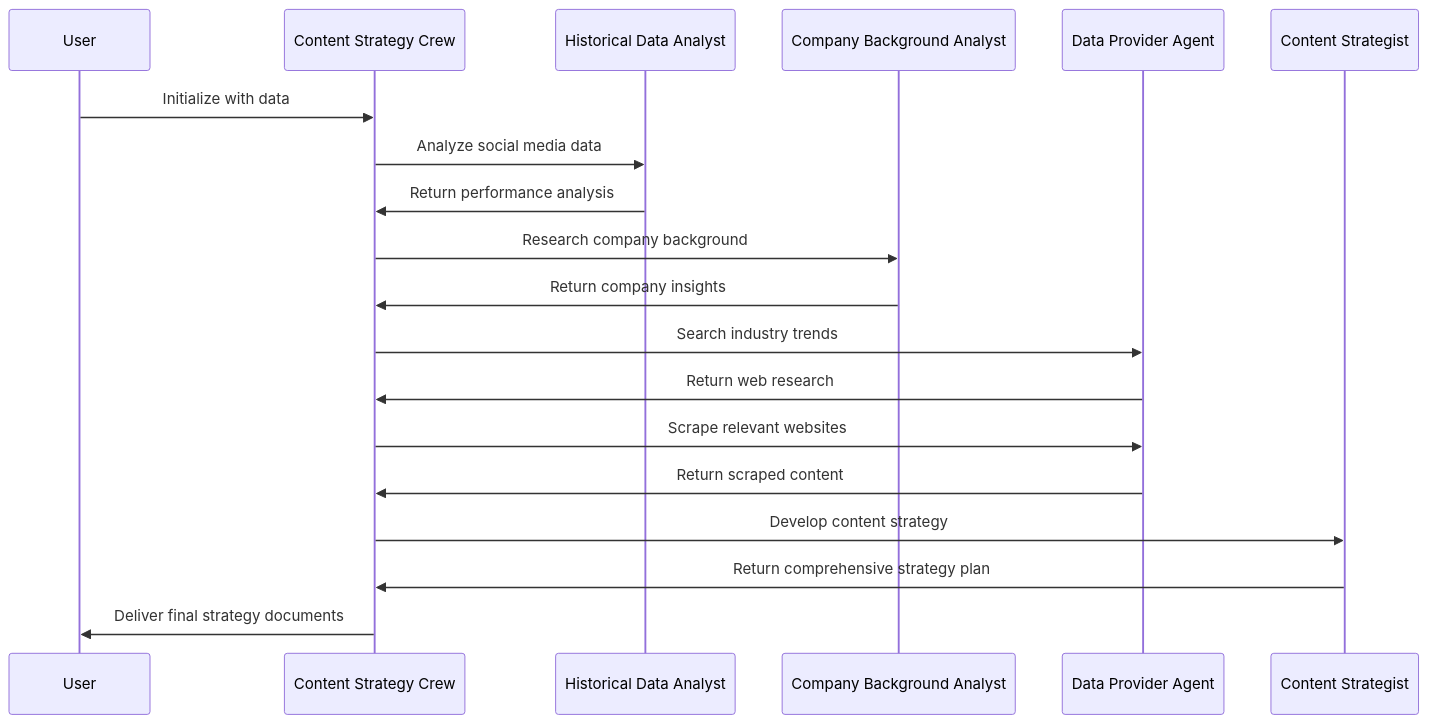
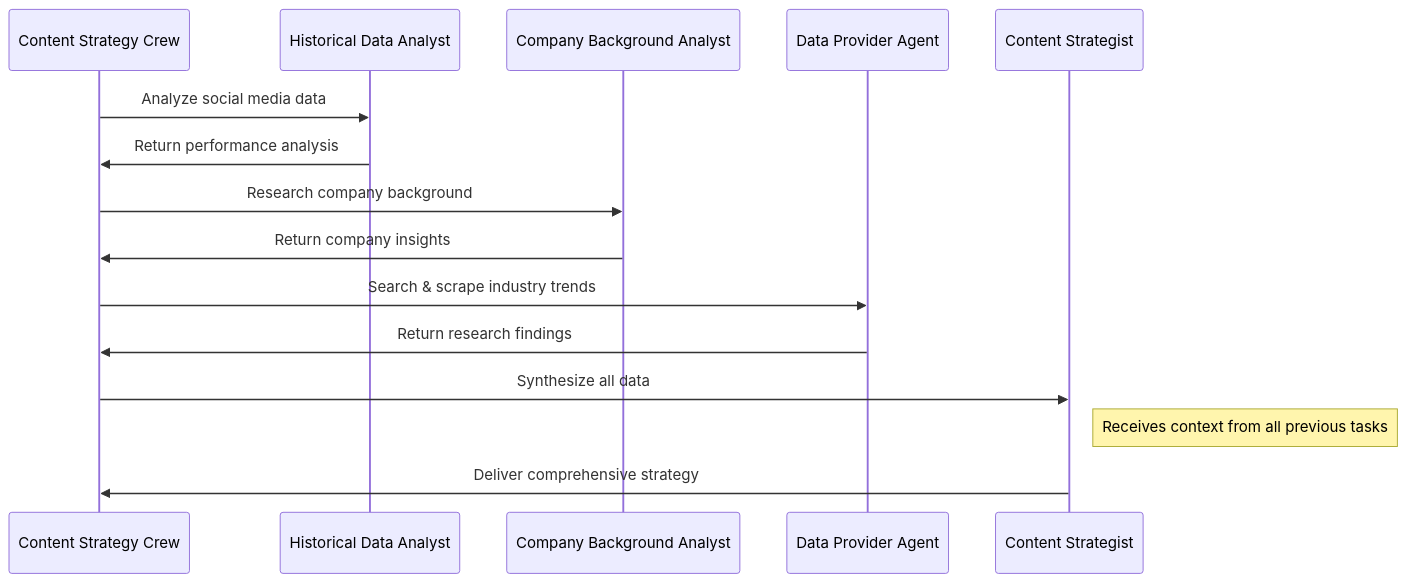
The second of 2 diagrams in README.md (Kavirubc/cc_agent), drawn with Mermaid before and after one commit. The commit also changed other lines of this file and 7 other files, not shown here.

````diff
--- a/README.md
+++ b/README.md
@@ -91,22 +113,18 @@
 ```mermaid
 sequenceDiagram
-    participant User
     participant Crew as Content Strategy Crew
     participant HDA as Historical Data Analyst
     participant CBA as Company Background Analyst
     participant DPA as Data Provider Agent
     participant CS as Content Strategist
     
-    User->>Crew: Initialize with data
     Crew->>HDA: Analyze social media data
     HDA->>Crew: Return performance analysis
     Crew->>CBA: Research company background
     CBA->>Crew: Return company insights
-    Crew->>DPA: Search industry trends
-    DPA->>Crew: Return web research
-    Crew->>DPA: Scrape relevant websites
-    DPA->>Crew: Return scraped content
-    Crew->>CS: Develop content strategy
-    CS->>Crew: Return comprehensive strategy plan
-    Crew->>User: Deliver final strategy documents
+    Crew->>DPA: Search & scrape industry trends
+    DPA->>Crew: Return research findings
+    Crew->>CS: Synthesize all data
+    Note right of CS: Receives context from all previous tasks
+    CS->>Crew: Deliver comprehensive strategy
 ```
````
